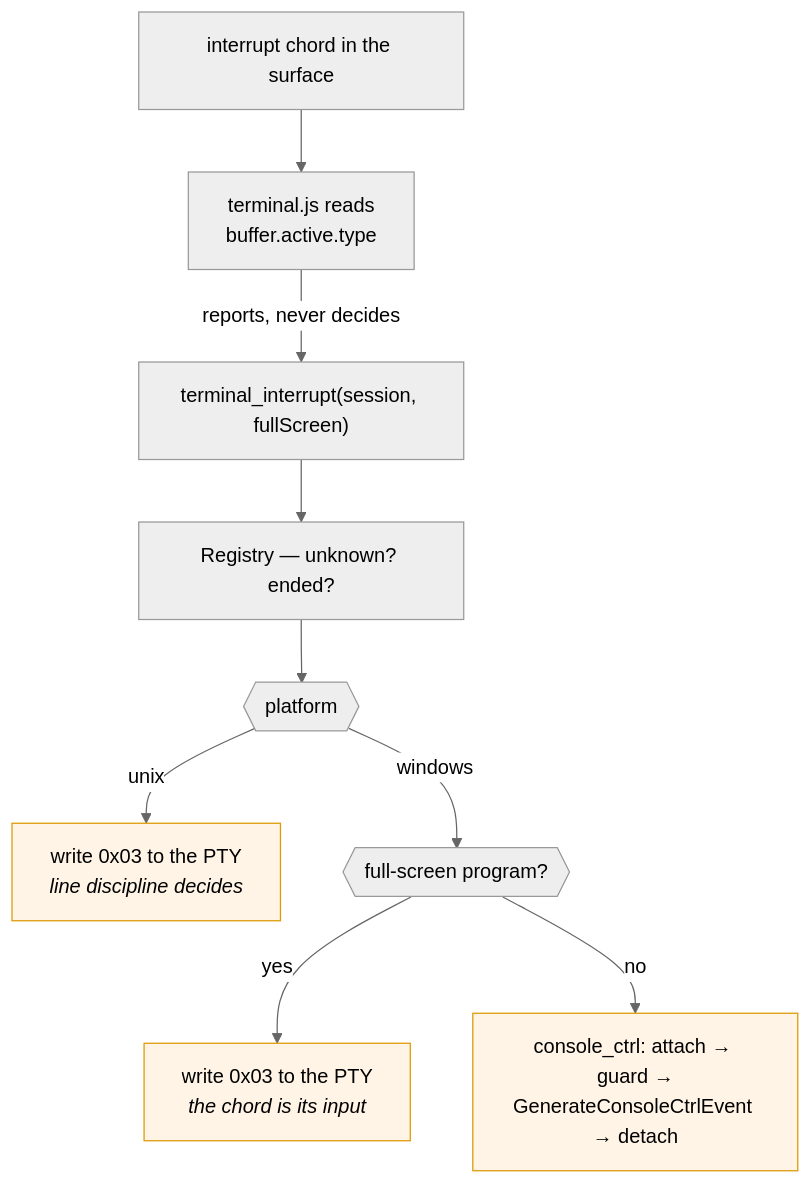
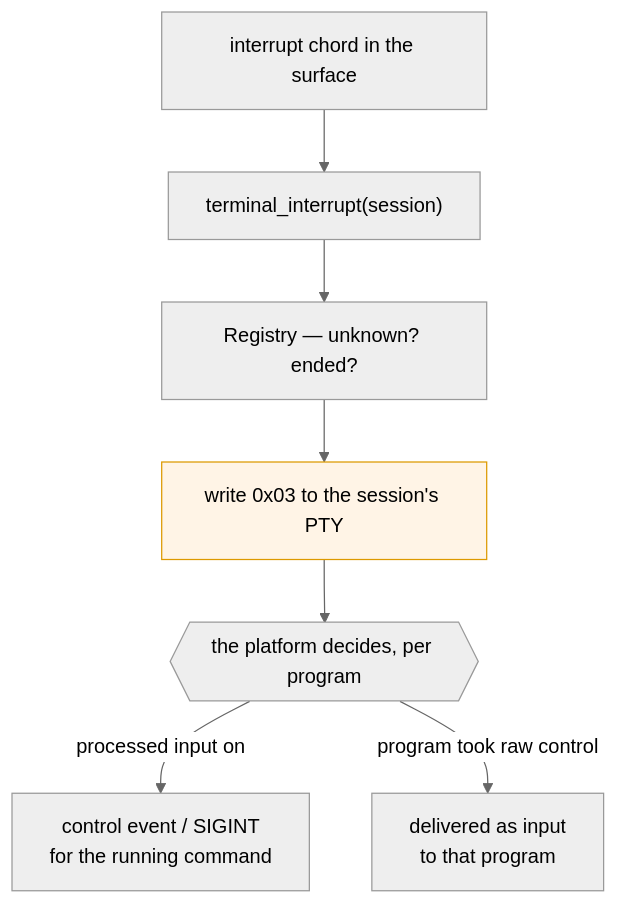
The third of 6 diagrams in docs/architecture/terminal-sessions.md (dufeutech/Steward-IDE), drawn with Mermaid (neutral theme) before and after one commit. The commit also changed other lines of this file and 6 other files, not shown here.

First line of the commit message:
docs(terminal): record the cause of the interrupt defect and the reversal

````diff
--- a/docs/architecture/terminal-sessions.md
+++ b/docs/architecture/terminal-sessions.md
@@ -116,14 +119,12 @@
 ```mermaid
 flowchart TB
-    chord["interrupt chord in the surface"] --> obs["terminal.js reads<br/>buffer.active.type"]
-    obs -- "reports, never decides" --> cmd["terminal_interrupt(session, fullScreen)"]
+    chord["interrupt chord in the surface"] --> cmd["terminal_interrupt(session)"]
     cmd --> reg["Registry — unknown? ended?"]
-    reg --> plat{{"platform"}}
-    plat -- unix --> byte["write 0x03 to the PTY<br/><i>line discipline decides</i>"]
-    plat -- windows --> pres{{"full-screen program?"}}
-    pres -- yes --> byte2["write 0x03 to the PTY<br/><i>the chord is its input</i>"]
-    pres -- no --> ev["console_ctrl: attach → guard →<br/>GenerateConsoleCtrlEvent → detach"]
+    reg --> byte["write 0x03 to the session's PTY"]
+    byte --> plat{{"the platform decides, per program"}}
+    plat -- "processed input on" --> sig["control event / SIGINT<br/>for the running command"]
+    plat -- "program took raw control" --> inp["delivered as input<br/>to that program"]
 
     classDef edge fill:#fff4e6,stroke:#d90,stroke-width:1px
-    class ev,byte,byte2 edge
+    class byte edge
 ```
````
